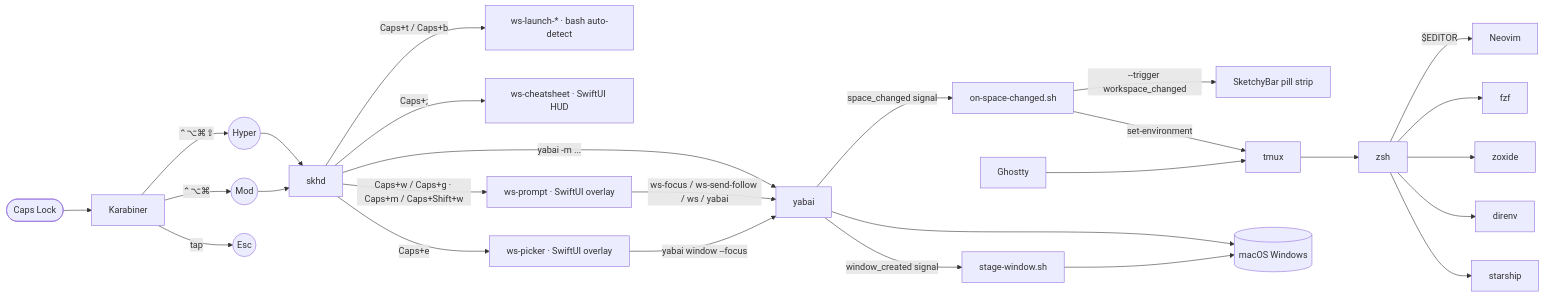
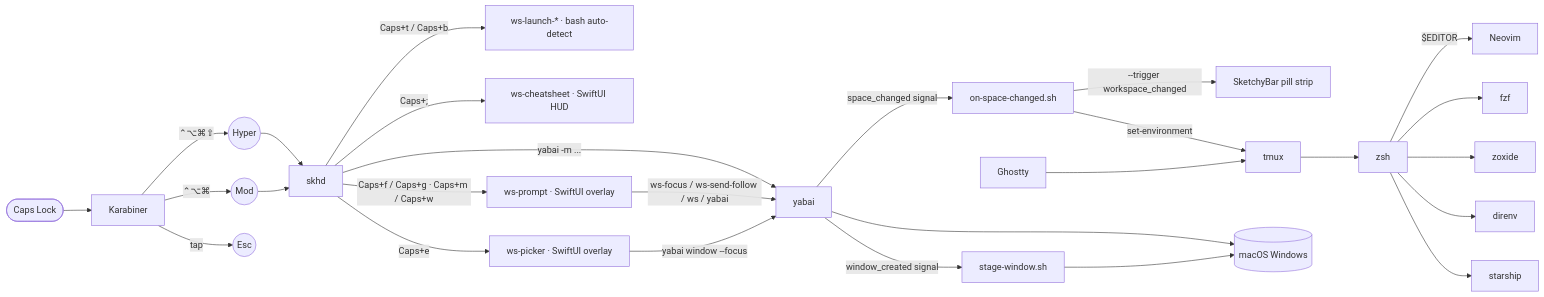
One commit to adames/dotfiles changed the first of 2 diagrams in docs/architecture.md. Above: the diagram before and after it, drawn with Mermaid. The commit also changed other lines of this file and 11 other files, not shown here.

````diff
--- a/docs/architecture.md
+++ b/docs/architecture.md
@@ -10,29 +10,29 @@
 ```mermaid
 graph LR
   CapsLock([Caps Lock]) --> Karabiner
   Karabiner -->|"⌃⌥⌘⇧"| Hyper((Hyper))
   Karabiner -->|"⌃⌥⌘"| Mod((Mod))
   Karabiner -->|tap| Esc((Esc))
 
   Hyper --> skhd
   Mod --> skhd
   skhd -->|"yabai -m ..."| yabai
   skhd -->|Caps+t / Caps+b| Launchers[ws-launch-* · bash auto-detect]
   skhd -->|Caps+;| WSCheatsheet[ws-cheatsheet · SwiftUI HUD]
-  skhd -->|Caps+w / Caps+g · Caps+m / Caps+Shift+w| WSPrompt[ws-prompt · SwiftUI overlay]
+  skhd -->|Caps+f / Caps+g · Caps+m / Caps+w| WSPrompt[ws-prompt · SwiftUI overlay]
   skhd -->|Caps+e| WSPicker[ws-picker · SwiftUI overlay]
   WSPrompt -->|ws-focus / ws-send-follow / ws / yabai| yabai
   WSPicker -->|yabai window --focus| yabai
   yabai -->|window_created signal| WSStage[stage-window.sh]
   yabai -->|space_changed signal| WorkspaceHandler[on-space-changed.sh]
   WorkspaceHandler -->|--trigger workspace_changed| SketchyBar[SketchyBar pill strip]
   WorkspaceHandler -->|set-environment| tmux
 
   yabai --> Windows[(macOS Windows)]
   WSStage --> Windows
 
   Ghostty --> tmux
   tmux --> zsh
   zsh -->|"$EDITOR"| Neovim
   zsh --> fzf & zoxide & direnv & starship
 ```
````
